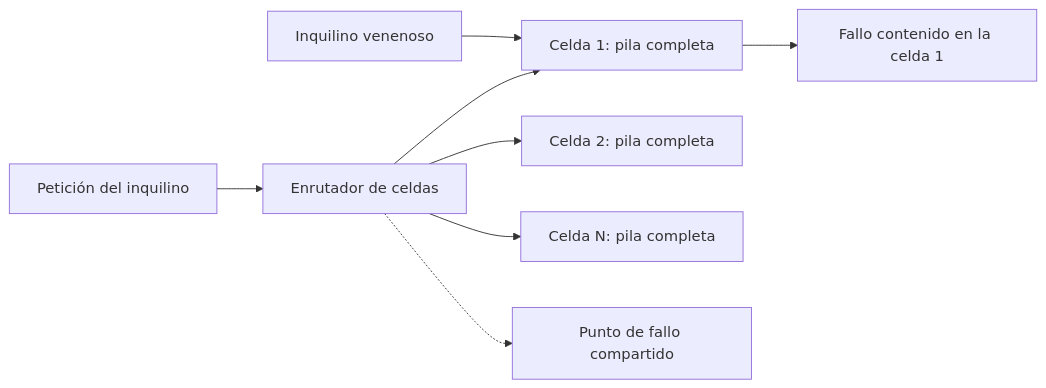
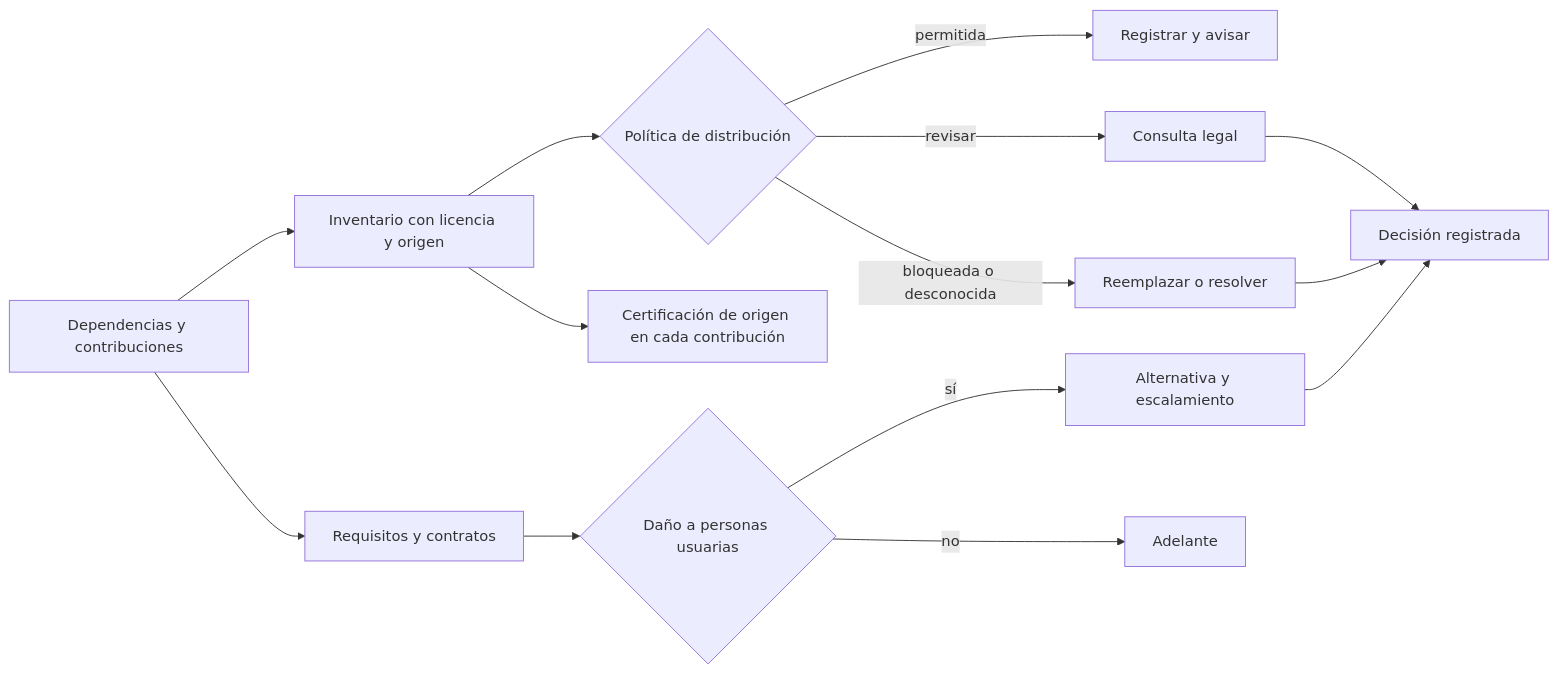
The diagram in content/part-44/SE-536.md (vladimiracunadev-create/modern-software-engineering-program), drawn with Mermaid before and after one commit. The commit also changed other lines of this file and 5193 other files, not shown here.

````diff
--- a/content/part-44/SE-536.md
+++ b/content/part-44/SE-536.md
@@ -57,10 +59,16 @@
 ```mermaid
 flowchart LR
-    A[Petición del inquilino] --> B[Enrutador de celdas]
-    B --> C[Celda 1: pila completa]
-    B --> D[Celda 2: pila completa]
-    B --> E[Celda N: pila completa]
-    F[Inquilino venenoso] --> C
-    C --> G[Fallo contenido en la celda 1]
-    B -.-> H[Punto de fallo compartido]
+    A[Dependencias y contribuciones] --> B[Inventario con licencia y origen]
+    B --> C{Política de distribución}
+    C -->|permitida| D[Registrar y avisar]
+    C -->|revisar| E[Consulta legal]
+    C -->|bloqueada o desconocida| F[Reemplazar o resolver]
+    B --> G[Certificación de origen en cada contribución]
+    A --> H[Requisitos y contratos]
+    H --> I{Daño a personas usuarias}
+    I -->|sí| J[Alternativa y escalamiento]
+    I -->|no| K[Adelante]
+    E --> L[Decisión registrada]
+    F --> L
+    J --> L
 ```
````
